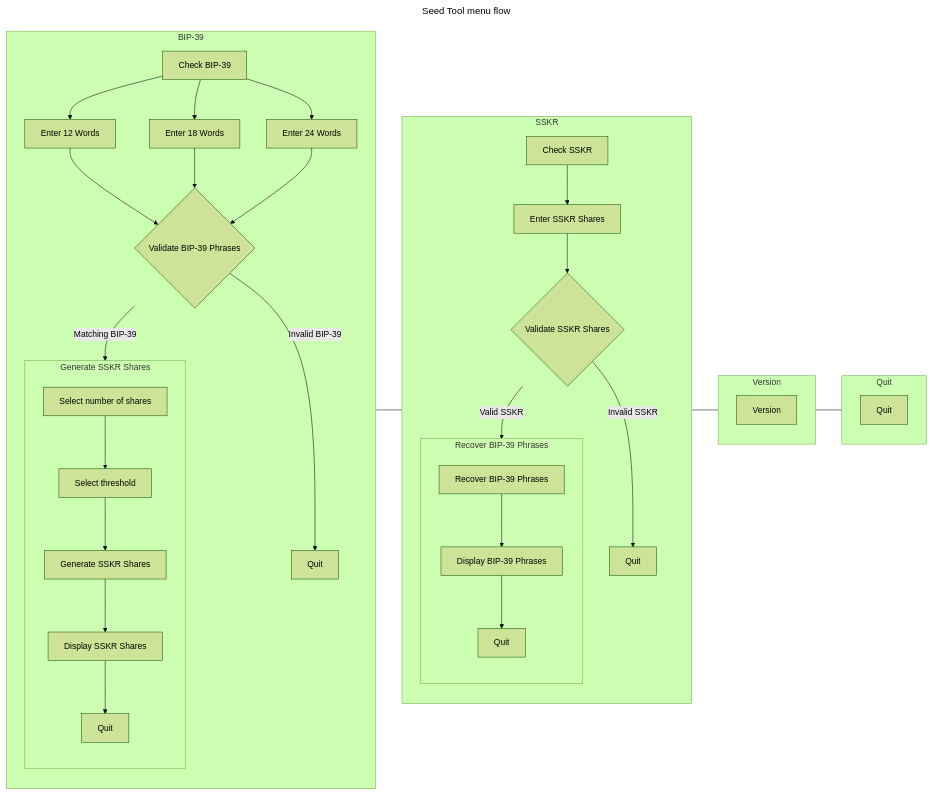
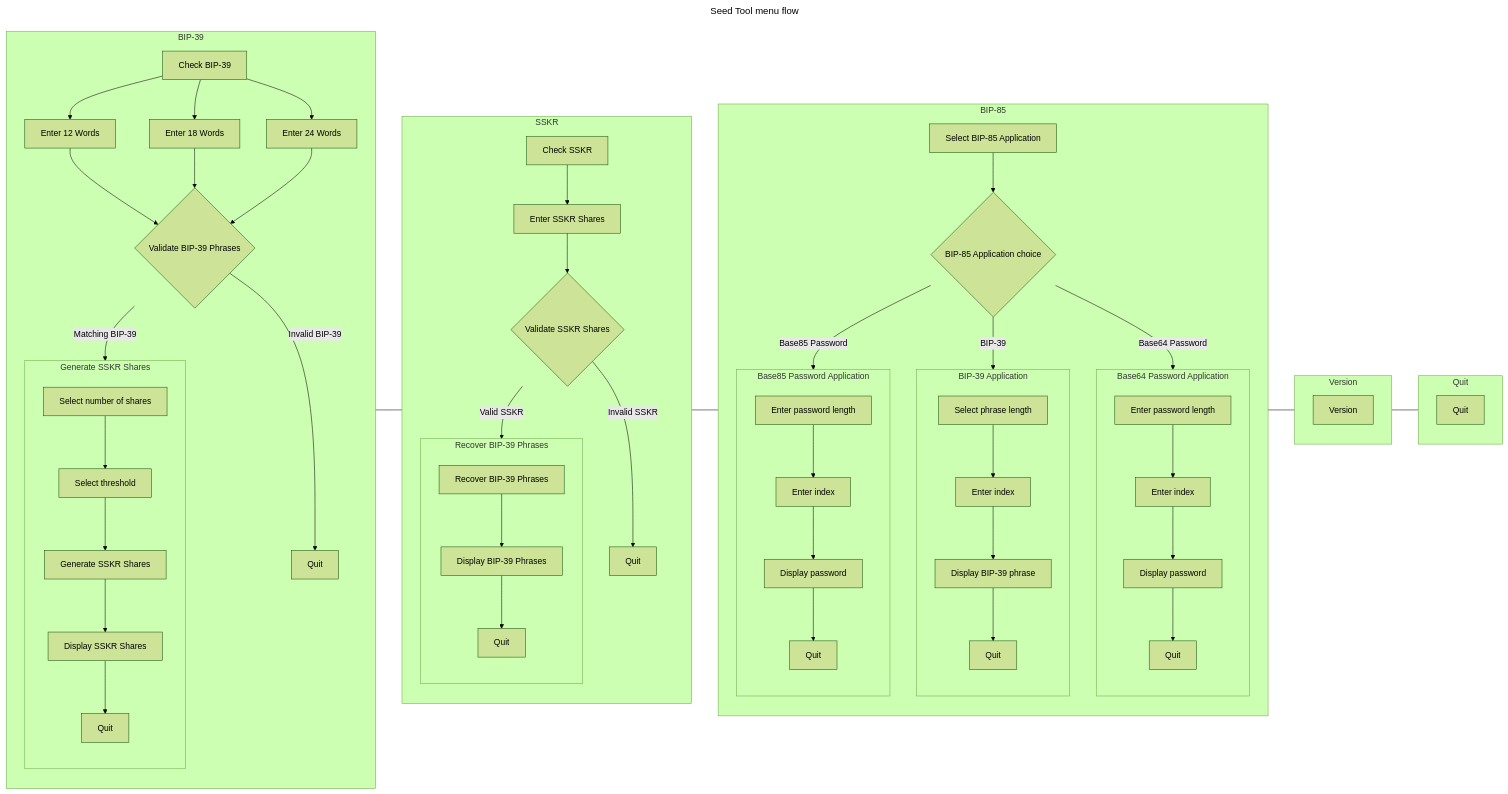
One commit to LedgerHQ/app-seed-tool changed the first of 3 diagrams in README.md. Above: the diagram before and after it, drawn with Mermaid (forest theme). The commit also changed other lines of this file and 10 other files, not shown here.

Commit message:
Add BIP85 application menus to generate BIP39 children on Flex and Stax

````diff
--- a/README.md
+++ b/README.md
@@ -37,38 +37,57 @@
 ```mermaid
 ---
 title: Seed Tool menu flow
 ---
 flowchart LR
-    1 --- 2 --- 3 --- 4
+    1 --- 2 --- 3 --- 4 --- 5
     subgraph 1[BIP-39]
         direction TB
         1.1[Check BIP-39]
         1.1 --> 1.2.1[Enter 12 Words] --> 1.3{Validate BIP-39 Phrases}
         1.1 --> 1.2.2[Enter 18 Words] --> 1.3
         1.1 --> 1.2.3[Enter 24 Words] --> 1.3
         1.3 --> |Matching BIP-39| 1.4
         1.3 --> |Invalid BIP-39| 1.3.1[Quit]
         subgraph 1.4[Generate SSKR Shares]
             direction TB
             1.4.1[Select number of shares] --> 1.4.2[Select threshold] --> 1.4.3[Generate SSKR Shares] --> 1.4.4[Display SSKR Shares] --> 1.4.5[Quit]
         end
     end
     subgraph 2[SSKR]
         direction TB
         2.1[Check SSKR] --> 2.2[Enter SSKR Shares] --> 2.3{Validate SSKR Shares}
         2.3 --> |Valid SSKR| 2.4
         2.3 --> |Invalid SSKR| 2.3.1[Quit]
         subgraph 2.4[Recover BIP-39 Phrases]
             direction TB
             2.4.1[Recover BIP-39 Phrases] --> 2.4.2[Display BIP-39 Phrases] --> 2.4.3[Quit]
         end
     end
-    subgraph 3[Version]
+    subgraph 3[BIP-85]
         direction TB
-        3.1[Version]
+        3.1[Select BIP-85 Application] --> 3.2{BIP-85 Application choice}
+        3.2 --> |BIP-39| 3.3
+        3.2 --> |Base64 Password| 3.4
+        3.2 --> |Base85 Password| 3.5
+        subgraph 3.3[BIP-39 Application]
+            direction TB
+            3.3.1[Select phrase length] --> 3.3.2[Enter index] --> 3.3.3[Display BIP-39 phrase] --> 3.3.4[Quit]
         end
-    subgraph 4[Quit]
+        subgraph 3.4[Base64 Password Application]
+            direction TB
+            3.4.1[Enter password length] --> 3.4.2[Enter index] --> 3.4.3[Display password] --> 3.4.4[Quit]
+        end
+        subgraph 3.5[Base85 Password Application]
+            direction TB
+            3.5.1[Enter password length] --> 3.5.2[Enter index] --> 3.5.3[Display password] --> 3.5.4[Quit]
+        end
+	end
+    subgraph 4[Version]
         direction TB
-        4.1[Quit]
+        4.1[Version]
+        end
+    subgraph 5[Quit]
+        direction TB
+        5.1[Quit]
     end
 ```
````
